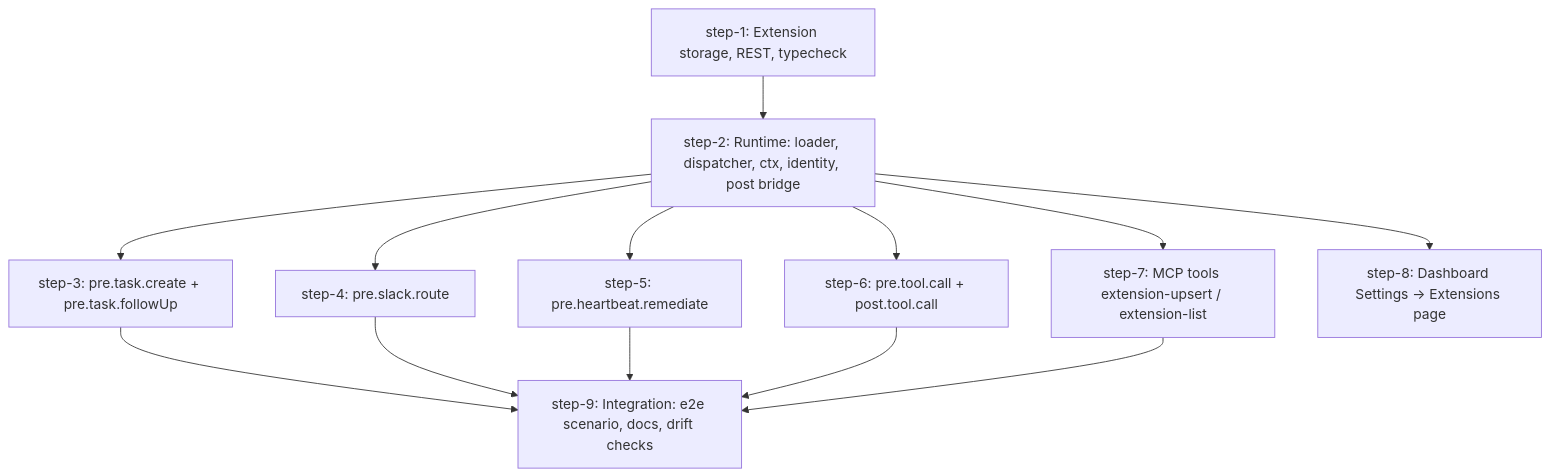
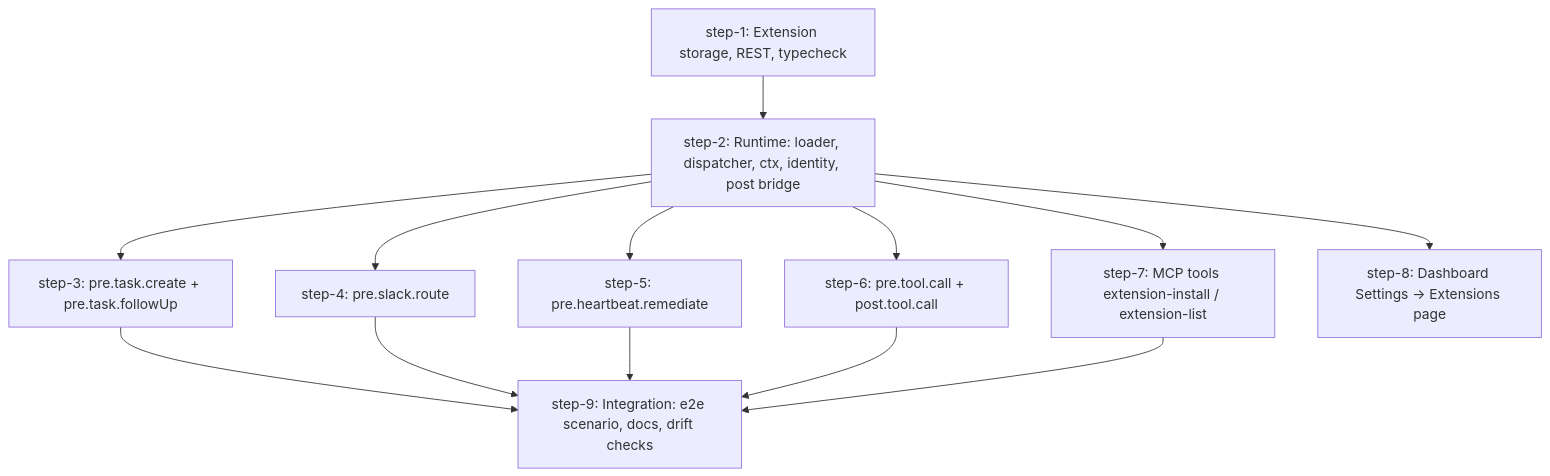
Before and after one commit to desplega-ai/agent-swarm: the diagram in thoughts/taras/plans/2026-09-12-swarm-extensions/root.md, drawn with Mermaid. The commit also changed other lines of this file and 6 other files, not shown here.

````diff
--- a/thoughts/taras/plans/2026-09-12-swarm-extensions/root.md
+++ b/thoughts/taras/plans/2026-09-12-swarm-extensions/root.md
@@ -102,24 +104,24 @@
 ```mermaid
 graph TD
     step-1[step-1: Extension storage, REST, typecheck]
     step-2[step-2: Runtime: loader, dispatcher, ctx, identity, post bridge]
     step-3[step-3: pre.task.create + pre.task.followUp]
     step-4[step-4: pre.slack.route]
     step-5[step-5: pre.heartbeat.remediate]
     step-6[step-6: pre.tool.call + post.tool.call]
-    step-7[step-7: MCP tools extension-upsert / extension-list]
+    step-7[step-7: MCP tools extension-install / extension-list]
     step-8[step-8: Dashboard Settings → Extensions page]
     step-9[step-9: Integration: e2e scenario, docs, drift checks]
     step-1 --> step-2
     step-2 --> step-3
     step-2 --> step-4
     step-2 --> step-5
     step-2 --> step-6
     step-2 --> step-7
     step-2 --> step-8
     step-3 --> step-9
     step-4 --> step-9
     step-5 --> step-9
     step-6 --> step-9
     step-7 --> step-9
 ```
````
